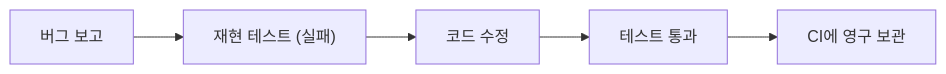
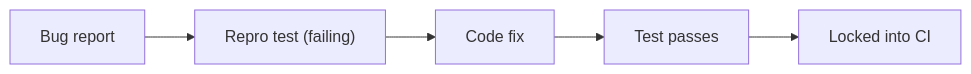
One commit to yeongseon-books/book-content changed the diagram in content/testing-101/ko/08-regression-test.md. Above: the diagram before and after it, drawn with Mermaid. The commit also changed other lines of this file and 9 other files, not shown here.

````diff
--- a/content/testing-101/ko/08-regression-test.md
+++ b/content/testing-101/ko/08-regression-test.md
@@ -35,7 +51,7 @@
 ```mermaid
 flowchart LR
-    Bug["버그 보고"] --> Repro["재현 테스트 (실패)"]
-    Repro --> Fix["코드 수정"]
-    Fix --> Pass["테스트 통과"]
-    Pass --> CI["CI에 영구 보관"]
+    Bug["Bug report"] --> Repro["Repro test (failing)"]
+    Repro --> Fix["Code fix"]
+    Fix --> Pass["Test passes"]
+    Pass --> CI["Locked into CI"]
 ```
````
